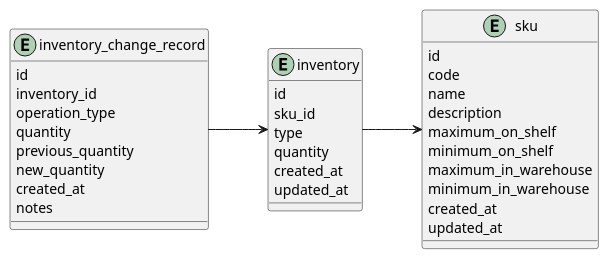
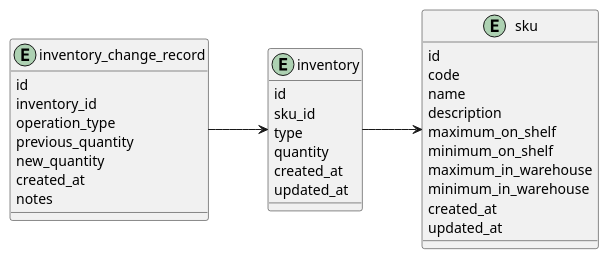
Before and after one commit to Jeromefromcn/JavaFinalProject8020: the diagram in uml/5. er.puml, drawn with PlantUML. The commit also changed 9 other files, not shown here.

```diff
--- a/uml/5. er.puml
+++ b/uml/5. er.puml
@@ -1,40 +1,39 @@
 @startuml
 'https://plantuml.com/class-diagram
 left to right direction
 
 entity sku {
     id
     code
     name
     description
     maximum_on_shelf
     minimum_on_shelf
     maximum_in_warehouse
     minimum_in_warehouse
     created_at
     updated_at
 }
 
 entity inventory {
     id
     sku_id
     type
     quantity
     created_at
     updated_at
 }
 
 entity inventory_change_record {
     id
     inventory_id
     operation_type
-    quantity
     previous_quantity
     new_quantity
     created_at
     notes
 }
 
 inventory --> sku
 inventory_change_record --> inventory
 @enduml
```
